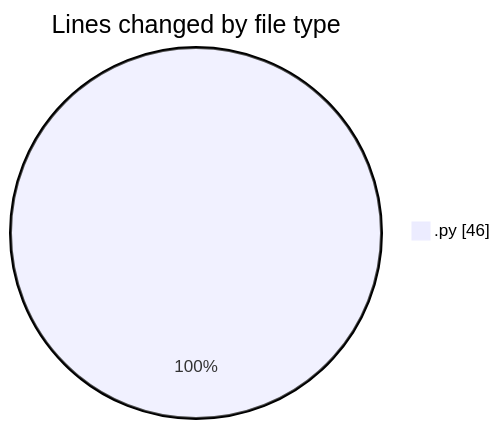
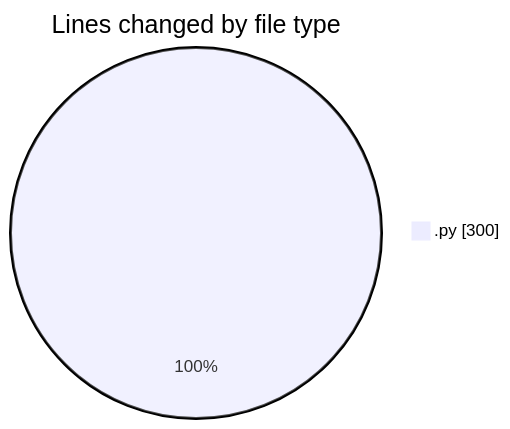
Before and after one commit to MatusMokan/code-tracking: the first of 2 diagrams in 2025-01-12/myws__workspace_/README.md, drawn with Mermaid. The commit also changed other lines of this file and 1 other file, not shown here.

````diff
--- a/2025-01-12/myws__workspace_/README.md
+++ b/2025-01-12/myws__workspace_/README.md
@@ -20,5 +21,5 @@
 ```mermaid
 pie showData
 title Lines changed by file type
-".py" : 46
+".py" : 300
 ```
````
